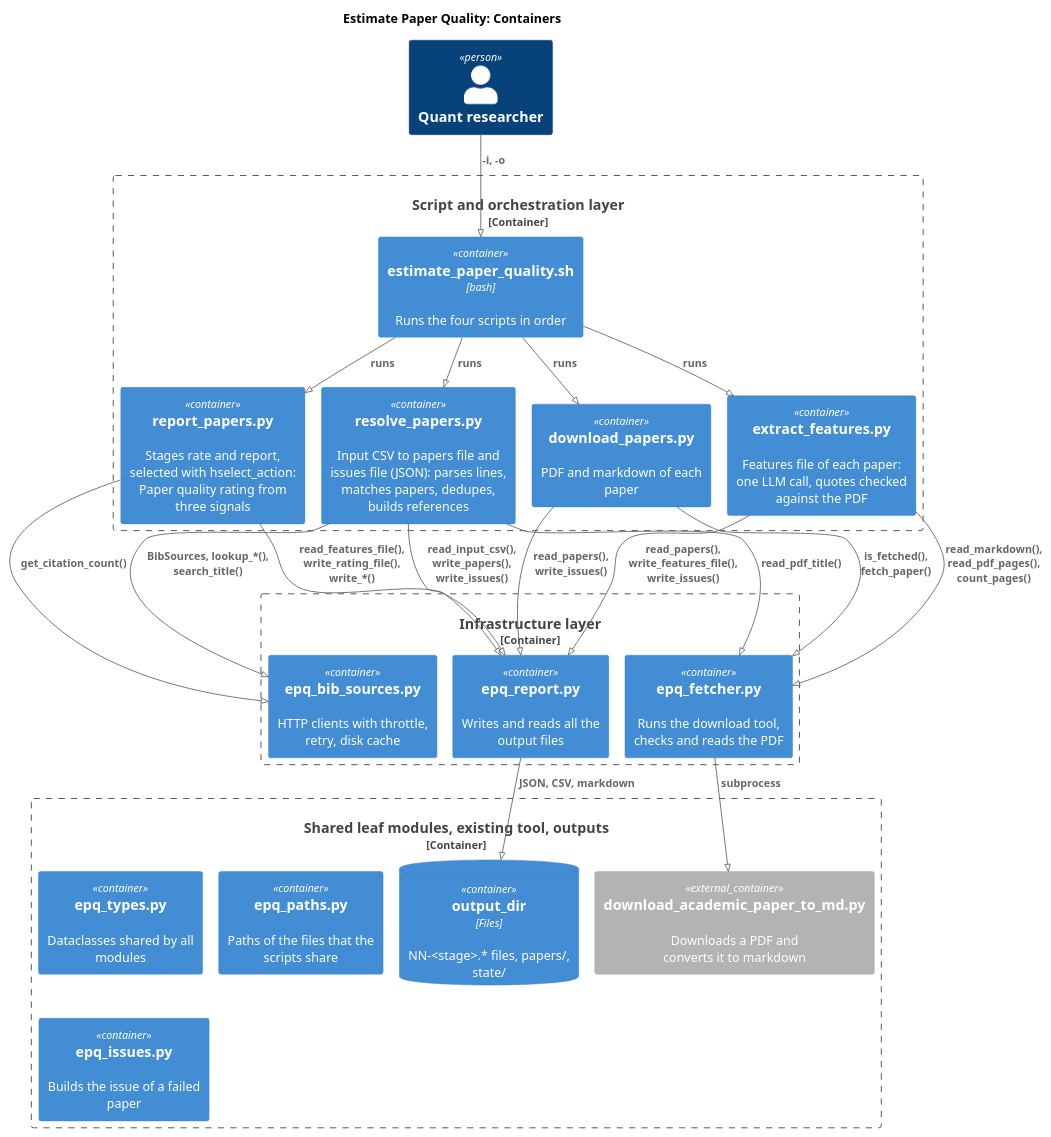
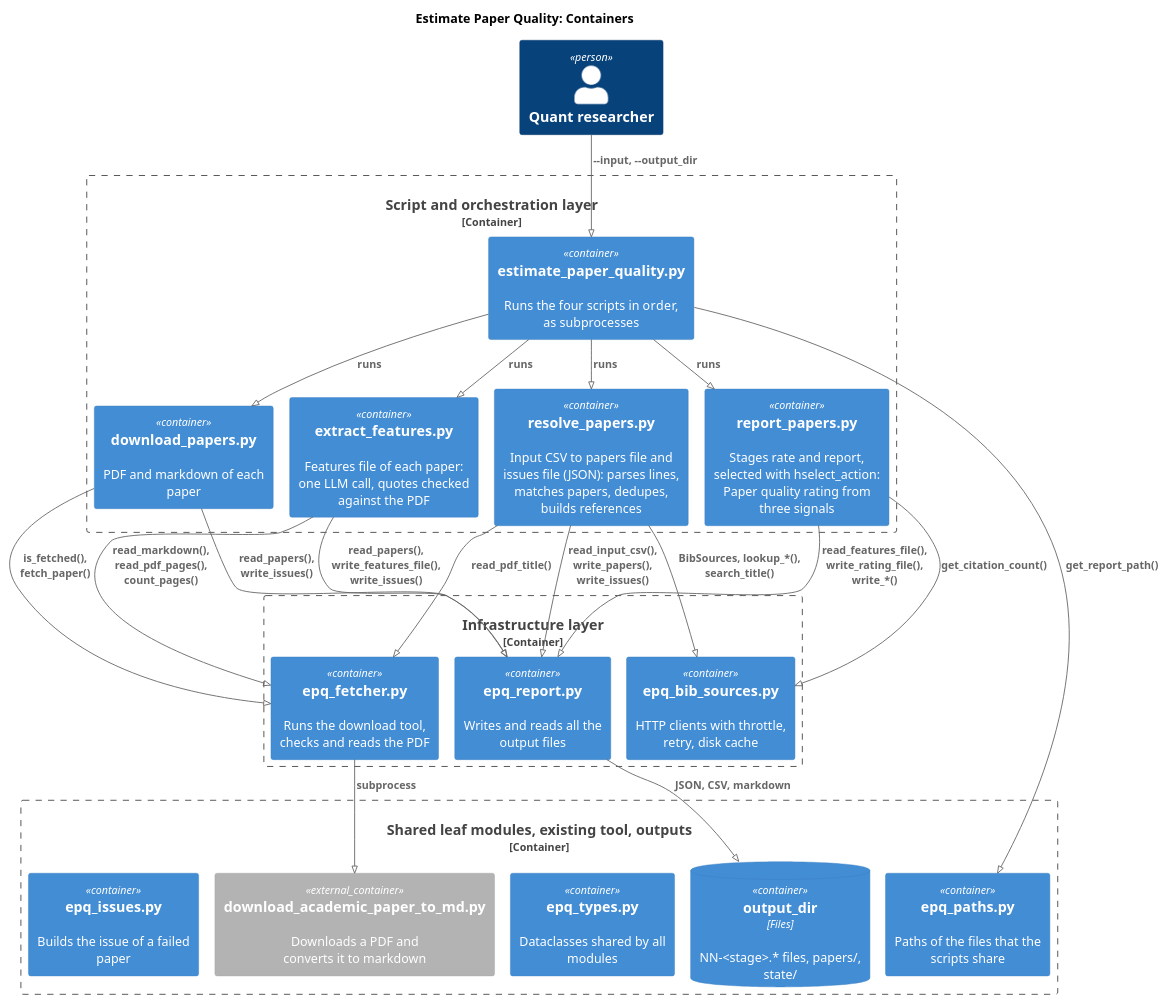
One commit to gpsaggese/gpsaggese.github.io changed the second of 2 diagrams in research/Estimate_academic_paper_quality/docs/02-design.architecture.md. Above: the diagram before and after it, drawn with PlantUML. The commit also changed other lines of this file and 16 other files, not shown here.

````diff
--- a/research/Estimate_academic_paper_quality/docs/02-design.architecture.md
+++ b/research/Estimate_academic_paper_quality/docs/02-design.architecture.md
@@ -84,46 +84,47 @@
 ```plantuml
 !pragma layout smetana
 !include <C4/C4_Container>
 LAYOUT_TOP_DOWN()
 title Estimate Paper Quality: Containers
 Person(user, "Quant researcher")
 
 Container_Boundary(script, "Script and orchestration layer") {
-  Container(sh, "estimate_paper_quality.sh", "bash", "Runs the four scripts in order")
+  Container(sh, "estimate_paper_quality.py", "", "Runs the four scripts in order, as subprocesses")
   Container(rcli, "resolve_papers.py", "", "Input CSV to papers file and issues file (JSON): parses lines, matches papers, dedupes, builds references")
   Container(dcli, "download_papers.py", "", "PDF and markdown of each paper")
   Container(ecli, "extract_features.py", "", "Features file of each paper: one LLM call, quotes checked against the PDF")
   Container(pcli, "report_papers.py", "", "Stages rate and report, selected with hselect_action: Paper quality rating from three signals")
 }
 
 Container_Boundary(infra, "Infrastructure layer") {
   Container(bib, "epq_bib_sources.py", "", "HTTP clients with throttle, retry, disk cache")
   Container(fetcher, "epq_fetcher.py", "", "Runs the download tool, checks and reads the PDF")
   Container(report, "epq_report.py", "", "Writes and reads all the output files")
 }
 
 Container_Boundary(ext, "Shared leaf modules, existing tool, outputs") {
   Container_Ext(tool, "download_academic_paper_to_md.py", "", "Downloads a PDF and converts it to markdown")
   ContainerDb(out, "output_dir", "Files", "NN-<stage>.* files, papers/, state/")
   Container(types, "epq_types.py", "", "Dataclasses shared by all modules")
   Container(paths, "epq_paths.py", "", "Paths of the files that the scripts share")
   Container(issues, "epq_issues.py", "", "Builds the issue of a failed paper")
 }
 
-Rel(user, sh, "~-i, ~-o")
+Rel(user, sh, "~--input, ~--output_dir")
 Rel(sh, rcli, "runs")
 Rel(sh, dcli, "runs")
 Rel(sh, ecli, "runs")
 Rel(sh, pcli, "runs")
+Rel(sh, paths, "get_report_path()")
 Rel(rcli, bib, "BibSources, lookup_*(), search_title()")
 Rel(rcli, fetcher, "read_pdf_title()")
 Rel(rcli, report, "read_input_csv(), write_papers(), write_issues()")
 Rel(dcli, fetcher, "is_fetched(), fetch_paper()")
 Rel(dcli, report, "read_papers(), write_issues()")
 Rel(ecli, fetcher, "read_markdown(), read_pdf_pages(), count_pages()")
 Rel(ecli, report, "read_papers(), write_features_file(), write_issues()")
 Rel(pcli, bib, "get_citation_count()")
 Rel(pcli, report, "read_features_file(), write_rating_file(), write_*()")
 Rel(fetcher, tool, "subprocess")
 Rel(report, out, "JSON, CSV, markdown")
 ```
````
